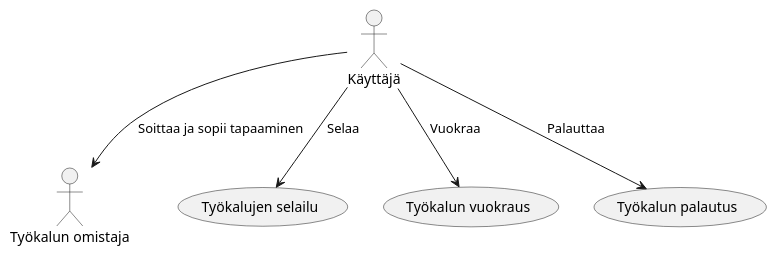
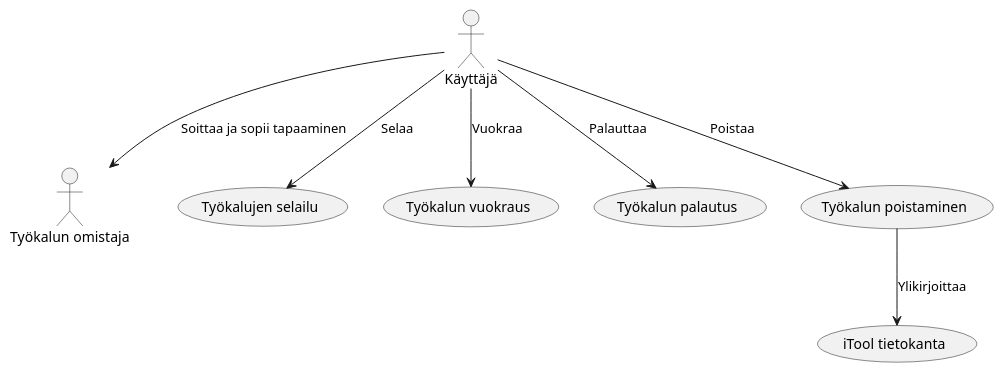
The second of 5 diagrams in README.md (samsonitto/itool), drawn with PlantUML before and after one commit. The commit also changed other lines of this file, not shown here.

````diff
--- a/README.md
+++ b/README.md
@@ -102,9 +102,11 @@
 ```plantuml
 @startuml
     :Työkalun omistaja: as Omistaja
     Käyttäjä --> (Työkalujen selailu) : Selaa
     Käyttäjä --> Omistaja : Soittaa ja sopii tapaaminen
     Käyttäjä --> (Työkalun vuokraus) : Vuokraa
     Käyttäjä --> (Työkalun palautus) : Palauttaa
+    Käyttäjä --> (Työkalun poistaminen) : Poistaa
+    (Työkalun poistaminen) --> (iTool tietokanta) : Ylikirjoittaa
 @enduml
 ```
````
